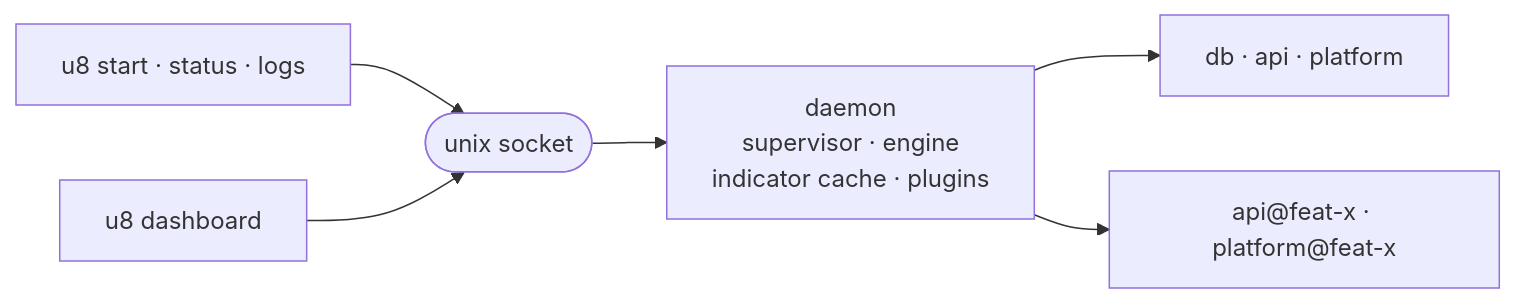
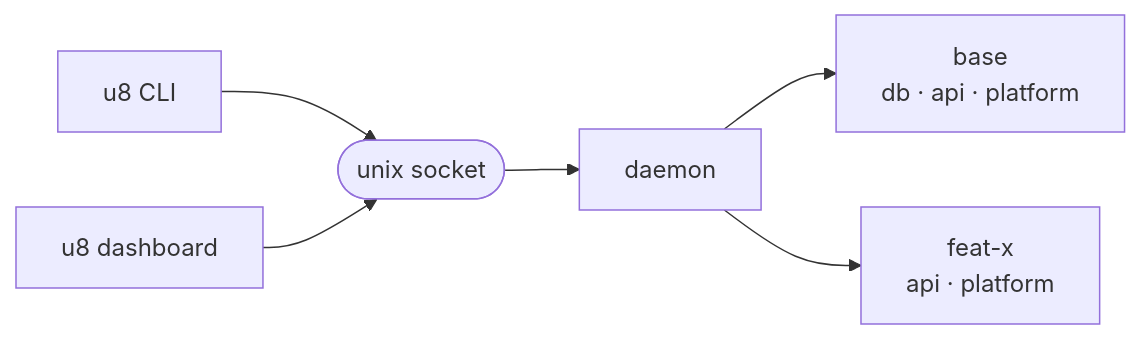
The diagram in README.md (nikrabaev/u8cli), drawn with Mermaid before and after one commit.

Commit message:
Narrow the README daemon diagram
GitHub overlays pan and zoom controls on the bottom-right corner of a
rendered diagram. At full width they sat on top of the last node, so the
labels are shortened until the diagram leaves that corner empty.

````diff
--- a/README.md
+++ b/README.md
@@ -341,8 +341,8 @@
 ```mermaid
 flowchart LR
-    cli["u8 start · status · logs"] --> sock(["unix socket"])
+    cli["u8 CLI"] --> sock(["unix socket"])
     tui["u8 dashboard"] --> sock
-    sock --> daemon["daemon<br/>supervisor · engine<br/>indicator cache · plugins"]
-    daemon --> base["db · api · platform"]
-    daemon --> inst["api@feat-x · platform@feat-x"]
+    sock --> daemon["daemon"]
+    daemon --> base["base<br/>db · api · platform"]
+    daemon --> inst["feat-x<br/>api · platform"]
 ```
````
